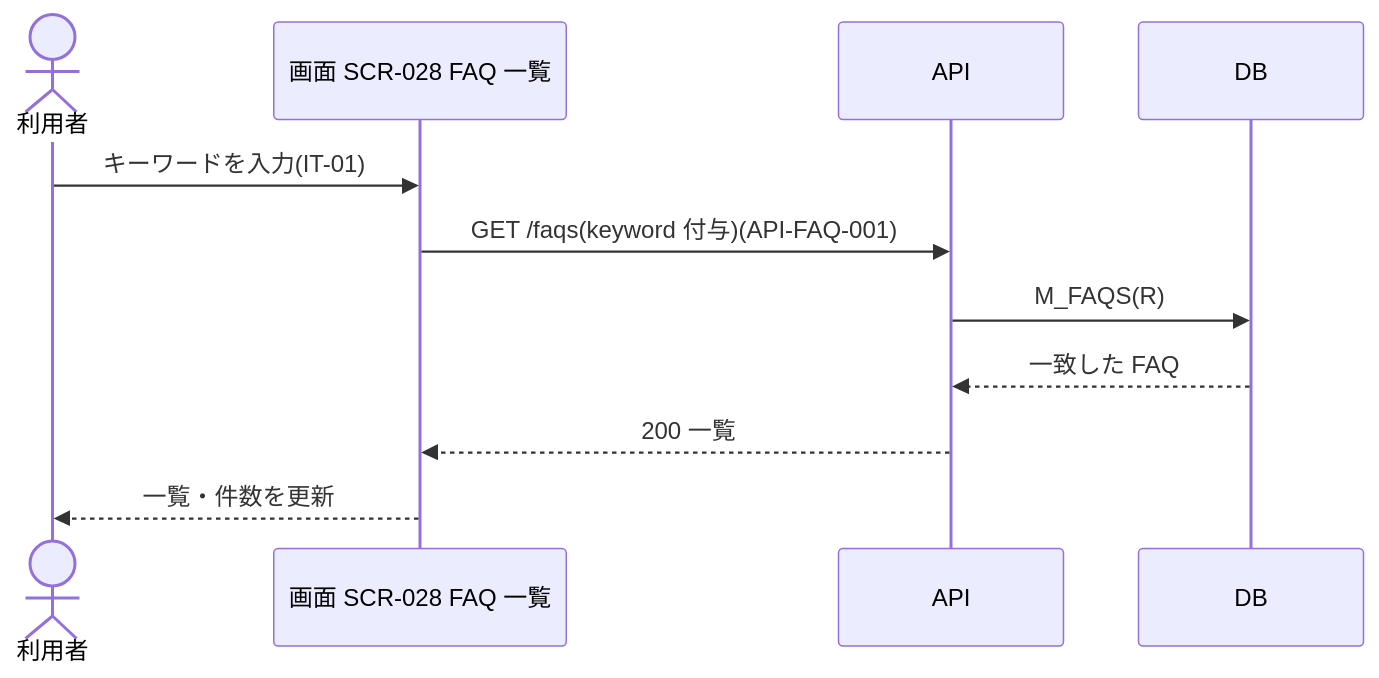
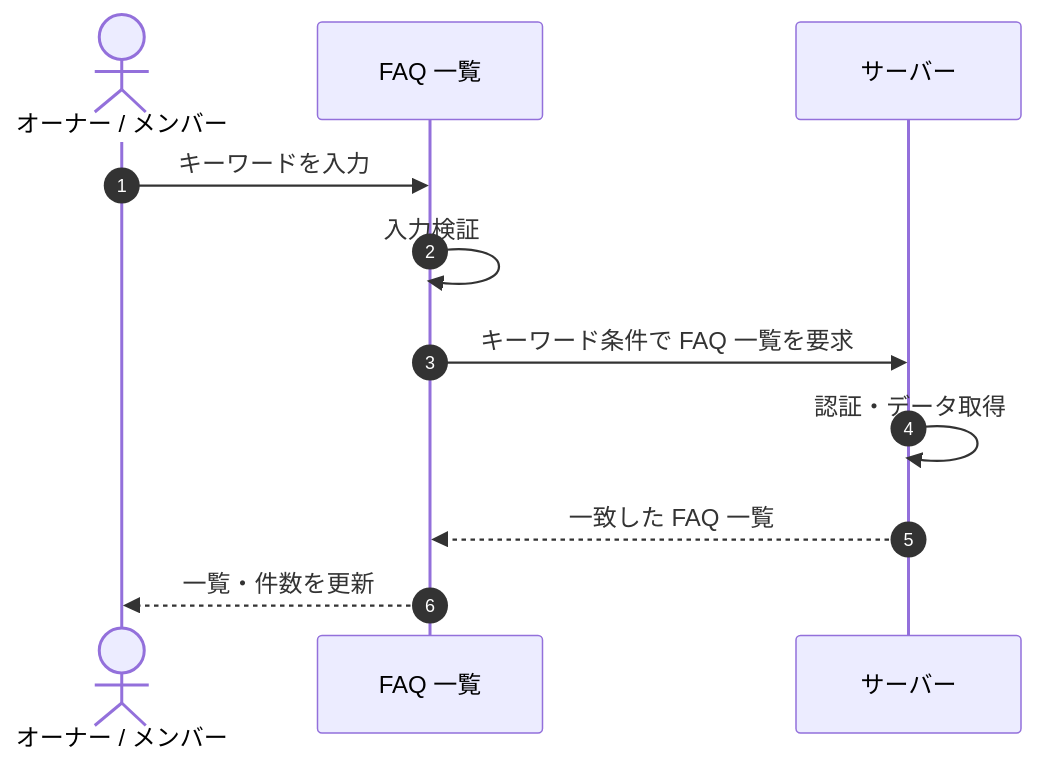
Before and after one commit to sikakou54/open-faq: the diagram in 02_basic_design/05_sequences/SEQ-025.md, drawn with Mermaid. The commit also changed other lines of this file and 108 other files, not shown here.

First line of the commit message:
基本設計: シーケンス図を基本設計粒度(ユーザー/画面/サーバー)へ再編成

````diff
--- a/02_basic_design/05_sequences/SEQ-025.md
+++ b/02_basic_design/05_sequences/SEQ-025.md
@@ -25,13 +32,13 @@
 ```mermaid
 sequenceDiagram
-  actor U as 利用者
-  participant S as 画面 SCR-028 FAQ 一覧
-  participant API as API
-  participant DB as DB
-  U->>S: キーワードを入力(IT-01)
-  S->>API: GET /faqs(keyword 付与)(API-FAQ-001)
-  API->>DB: M_FAQS(R)
-  DB-->>API: 一致した FAQ
-  API-->>S: 200 一覧
-  S-->>U: 一覧・件数を更新
+  autonumber
+  actor U as オーナー / メンバー
+  participant Screen as FAQ 一覧
+  participant Server as サーバー
+  U->>Screen: キーワードを入力
+  Screen->>Screen: 入力検証
+  Screen->>Server: キーワード条件で FAQ 一覧を要求
+  Server->>Server: 認証・データ取得
+  Server-->>Screen: 一致した FAQ 一覧
+  Screen-->>U: 一覧・件数を更新
 ```
````
